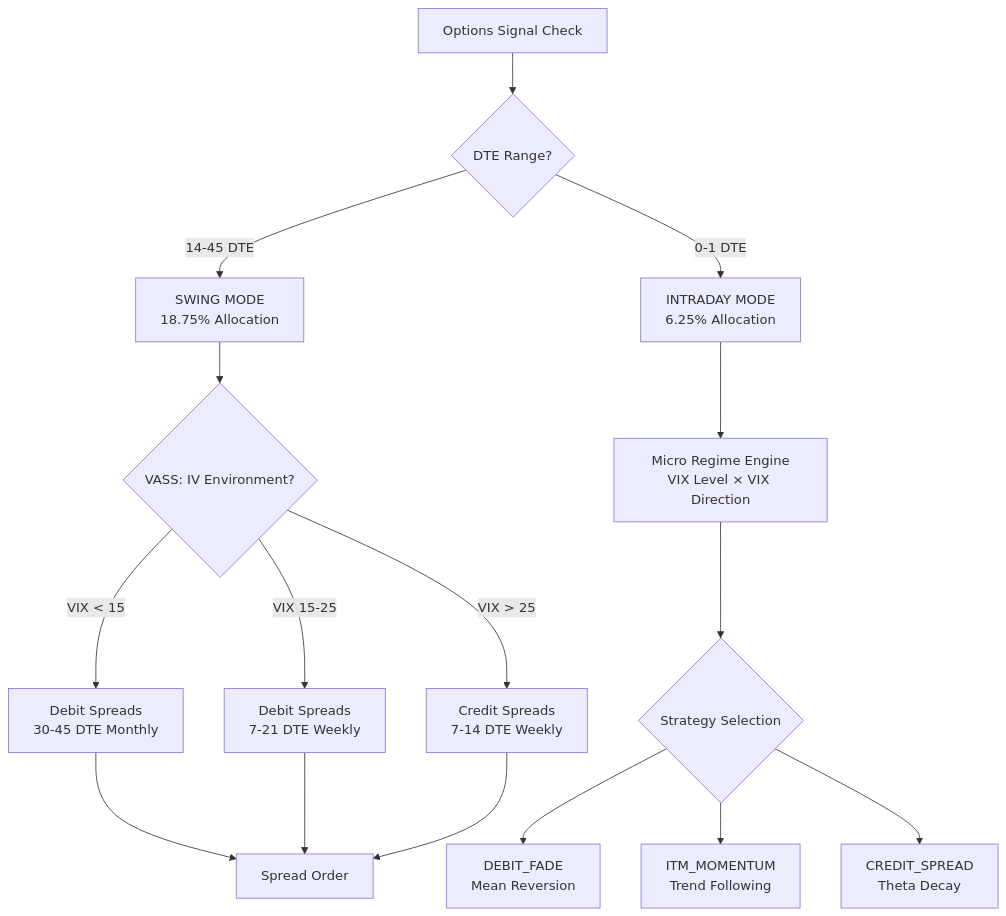
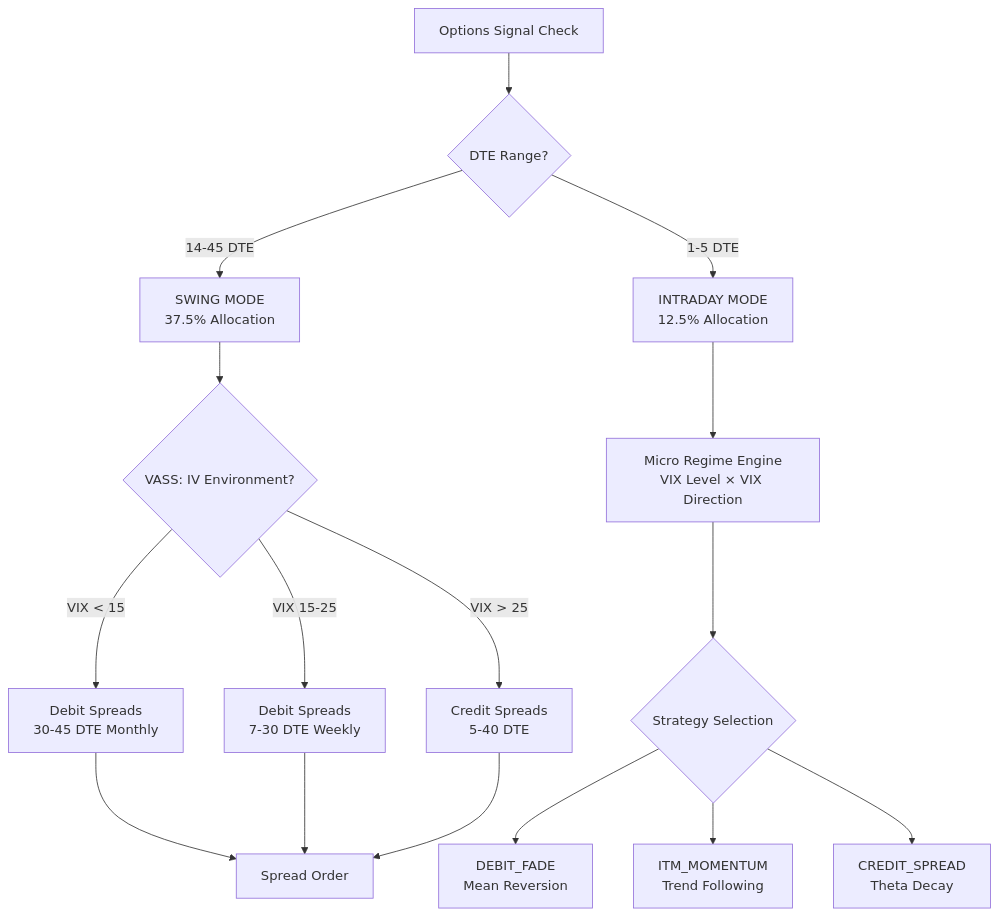
One commit to vickdavinci/alpha-nextgen-v2-private changed the ninth of 13 diagrams in docs/system/ENGINE_LOGIC_REFERENCE.md. Above: the diagram before and after it, drawn with Mermaid. The commit also changed other lines of this file and 17 other files, not shown here.

````diff
--- a/docs/system/ENGINE_LOGIC_REFERENCE.md
+++ b/docs/system/ENGINE_LOGIC_REFERENCE.md
@@ -524,22 +523,22 @@
 ```mermaid
 flowchart TD
     START[Options Signal Check] --> MODE{DTE Range?}
 
-    MODE -->|14-45 DTE| SWING[SWING MODE<br/>18.75% Allocation]
-    MODE -->|0-1 DTE| INTRADAY[INTRADAY MODE<br/>6.25% Allocation]
+    MODE -->|14-45 DTE| SWING[SWING MODE<br/>37.5% Allocation]
+    MODE -->|1-5 DTE| INTRADAY[INTRADAY MODE<br/>12.5% Allocation]
 
     SWING --> VASS{VASS: IV Environment?}
     VASS -->|VIX < 15| DEBIT_MONTHLY[Debit Spreads<br/>30-45 DTE Monthly]
-    VASS -->|VIX 15-25| DEBIT_WEEKLY[Debit Spreads<br/>7-21 DTE Weekly]
-    VASS -->|VIX > 25| CREDIT_WEEKLY[Credit Spreads<br/>7-14 DTE Weekly]
+    VASS -->|VIX 15-25| DEBIT_WEEKLY[Debit Spreads<br/>7-30 DTE Weekly]
+    VASS -->|VIX > 25| CREDIT_WEEKLY[Credit Spreads<br/>5-40 DTE]
 
     DEBIT_MONTHLY --> SPREAD_ORDER[Spread Order]
     DEBIT_WEEKLY --> SPREAD_ORDER
     CREDIT_WEEKLY --> SPREAD_ORDER
 
     INTRADAY --> MICRO[Micro Regime Engine<br/>VIX Level × VIX Direction]
     MICRO --> STRAT{Strategy Selection}
     STRAT --> FADE[DEBIT_FADE<br/>Mean Reversion]
     STRAT --> MOMENTUM[ITM_MOMENTUM<br/>Trend Following]
     STRAT --> CREDIT[CREDIT_SPREAD<br/>Theta Decay]
 ```
````
